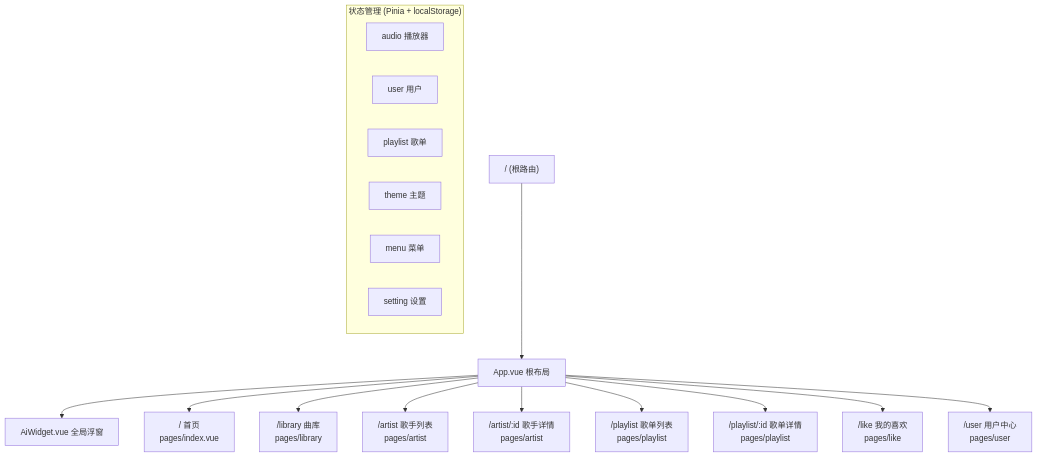
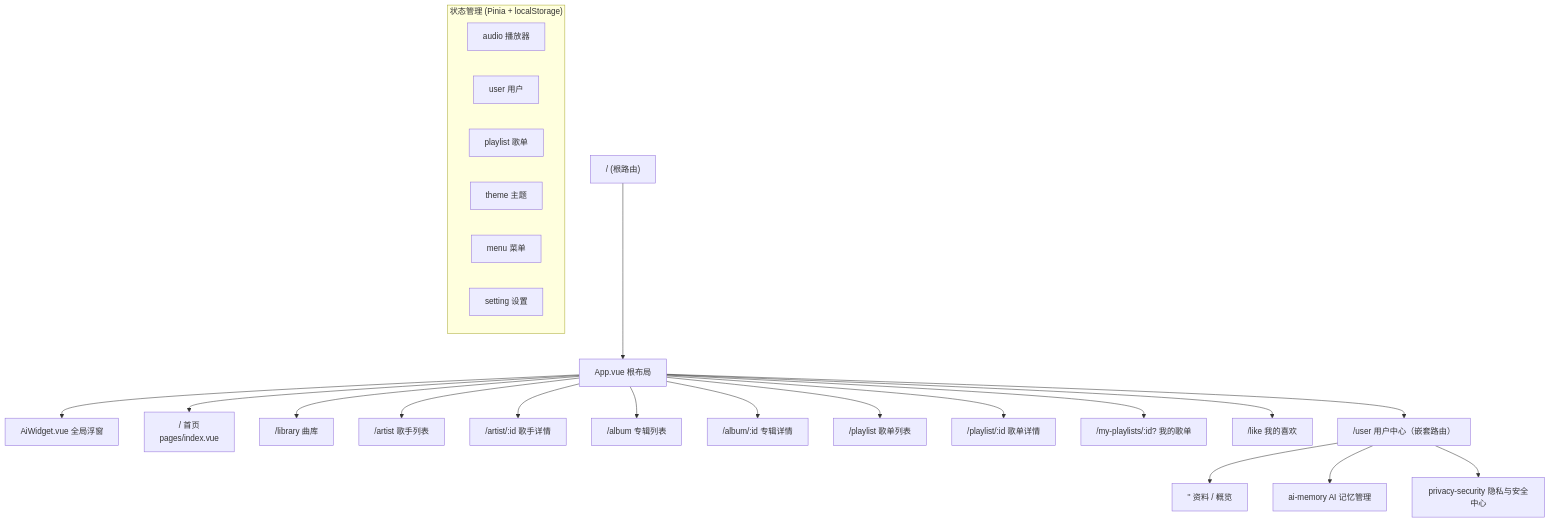
One commit to jakehatelov333/music changed the sixth of 6 diagrams in README.md. Above: the diagram before and after it, drawn with Mermaid. The commit also changed other lines of this file, not shown here.

````diff
--- a/README.md
+++ b/README.md
@@ -231,26 +282,29 @@
 ```mermaid
 graph TB
     Root["/ (根路由)"] --> Layout["App.vue 根布局"]
     Layout --> AiWidget["AiWidget.vue 全局浮窗"]
 
     Layout --> Index["/ 首页<br/>pages/index.vue"]
-    Layout --> Library["/library 曲库<br/>pages/library"]
-
-    Layout --> ArtistList["/artist 歌手列表<br/>pages/artist"]
-    Layout --> ArtistDetail["/artist/:id 歌手详情<br/>pages/artist"]
-
-    Layout --> PlaylistList["/playlist 歌单列表<br/>pages/playlist"]
-    Layout --> PlaylistDetail["/playlist/:id 歌单详情<br/>pages/playlist"]
-
-    Layout --> Like["/like 我的喜欢<br/>pages/like"]
-    Layout --> User["/user 用户中心<br/>pages/user"]
+    Layout --> Library["/library 曲库"]
+    Layout --> ArtistList["/artist 歌手列表"]
+    Layout --> ArtistDetail["/artist/:id 歌手详情"]
+    Layout --> AlbumList["/album 专辑列表"]
+    Layout --> AlbumDetail["/album/:id 专辑详情"]
+    Layout --> PlaylistList["/playlist 歌单列表"]
+    Layout --> PlaylistDetail["/playlist/:id 歌单详情"]
+    Layout --> MyPlaylists["/my-playlists/:id? 我的歌单"]
+    Layout --> Like["/like 我的喜欢"]
+    Layout --> User["/user 用户中心（嵌套路由）"]
+    User --> UserIndex["'' 资料 / 概览"]
+    User --> AiMemory["ai-memory AI 记忆管理"]
+    User --> Privacy["privacy-security 隐私与安全中心"]
 
     subgraph Store["状态管理 (Pinia + localStorage)"]
         Audio[audio 播放器]
         UserS[user 用户]
         PlaylistS[playlist 歌单]
         Theme[theme 主题]
         Menu[menu 菜单]
         Setting[setting 设置]
     end
 ```
````
